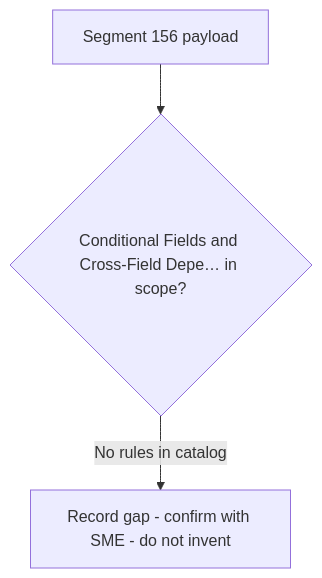
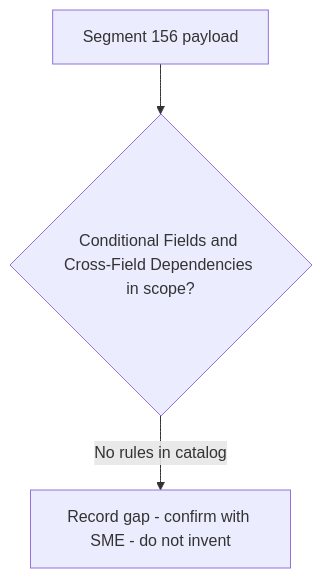
The diagram in regression-artifact-validator/specifications/ATL105/docs/specs/kb/segment-156/conditional-dependency-rules-flow.md (DhanSingh-hub/core-auth-ai-validation-framework), drawn with Mermaid before and after one commit. The commit also changed 150 other files, not shown here.

````diff
--- a/regression-artifact-validator/specifications/ATL105/docs/specs/kb/segment-156/conditional-dependency-rules-flow.md
+++ b/regression-artifact-validator/specifications/ATL105/docs/specs/kb/segment-156/conditional-dependency-rules-flow.md
@@ -3,5 +3,5 @@
 ```mermaid
 flowchart TD
-    A[Segment 156 payload] --> B{Conditional Fields and Cross-Field Depe… in scope?}
+    A[Segment 156 payload] --> B{Conditional Fields and Cross-Field Dependencies in scope?}
     B -->|No rules in catalog| G[Record gap - confirm with SME - do not invent]
 ```
````
